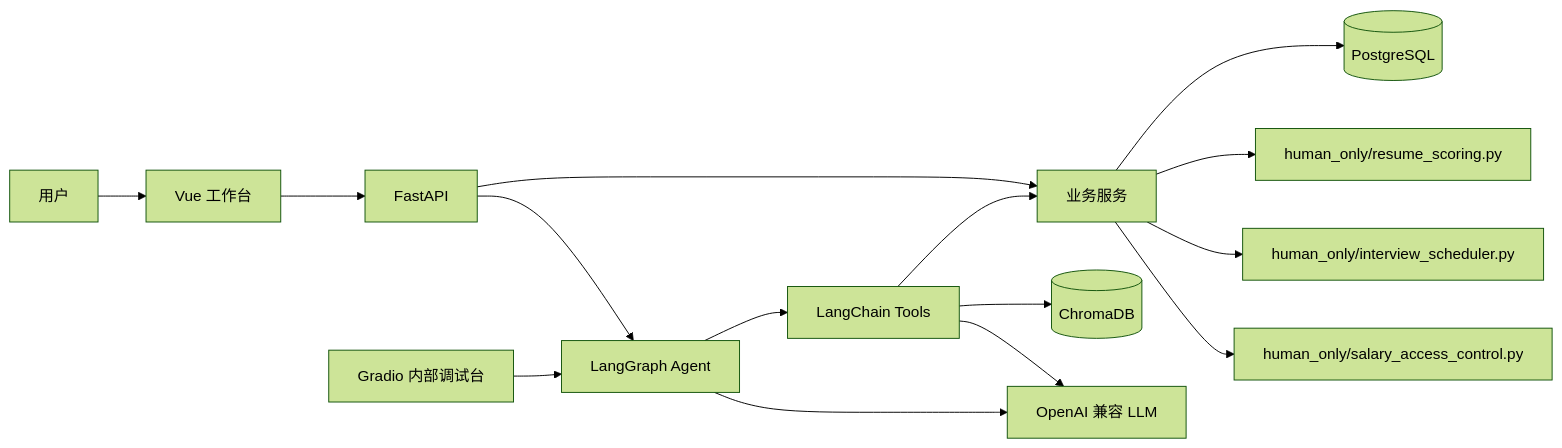
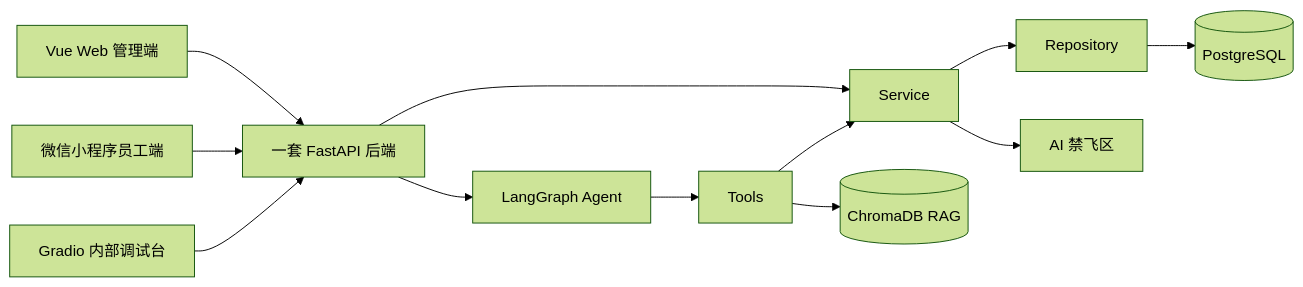
Before and after one commit to shmzl1/workspace-core: the diagram in README.md, drawn with Mermaid (forest theme). The commit also changed other lines of this file and 83 other files, not shown here.

````diff
--- a/README.md
+++ b/README.md
@@ -82,31 +59,26 @@
 ```mermaid
 flowchart LR
-    User[用户]
-    Vue[Vue 工作台]
-    API[FastAPI]
-    Service[业务服务]
+    Web[Vue Web 管理端]
+    Mini[微信小程序员工端]
+    Gradio[Gradio 内部调试台]
+    API[一套 FastAPI 后端]
+    Service[Service]
+    Repo[Repository]
+    DB[(PostgreSQL)]
     Agent[LangGraph Agent]
-    Tools[LangChain Tools]
-    DB[(PostgreSQL)]
-    Chroma[(ChromaDB)]
-    LLM[OpenAI 兼容 LLM]
-    Gradio[Gradio 内部调试台]
-    Resume[human_only/resume_scoring.py]
-    Scheduler[human_only/interview_scheduler.py]
-    Salary[human_only/salary_access_control.py]
+    Tool[Tools]
+    RAG[(ChromaDB RAG)]
+    Human[AI 禁飞区]
 
-    User --> Vue
-    Vue --> API
+    Web --> API
+    Mini --> API
+    Gradio --> API
     API --> Service
+    Service --> Repo
+    Repo --> DB
     API --> Agent
-    Agent --> Tools
-    Tools --> Service
-    Service --> DB
-    Tools --> Chroma
-    Agent --> LLM
-    Tools --> LLM
-    Service --> Resume
-    Service --> Scheduler
-    Service --> Salary
-    Gradio --> Agent
+    Agent --> Tool
+    Tool --> Service
+    Tool --> RAG
+    Service --> Human
 ```
````
